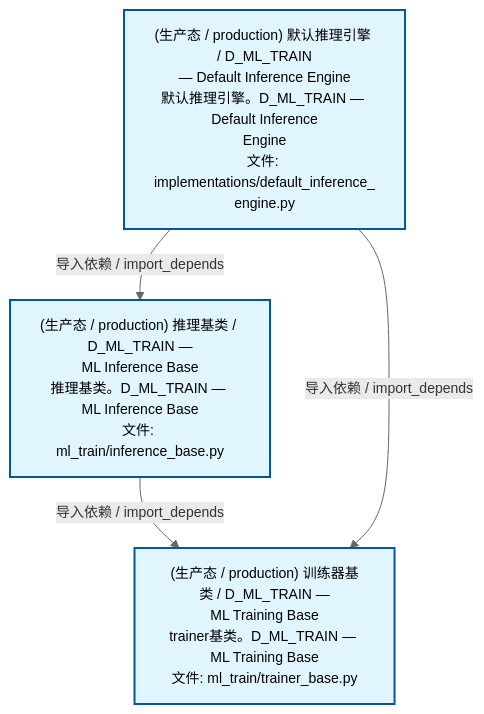
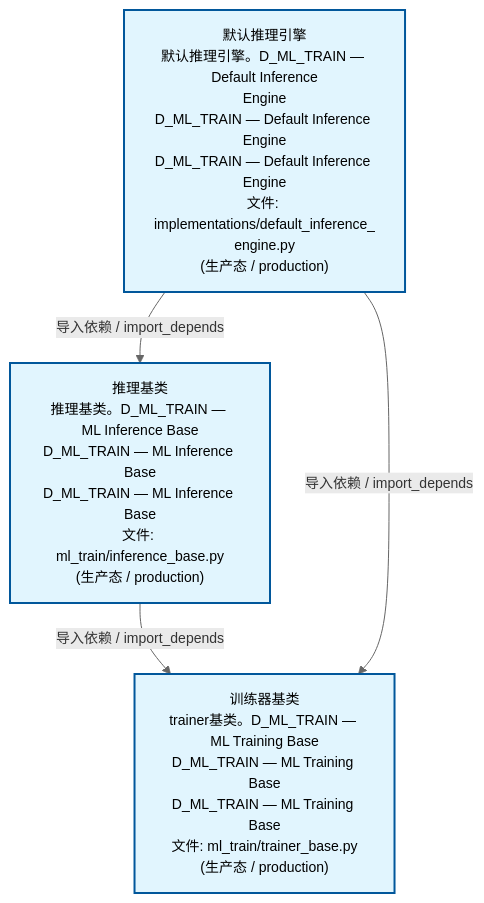
One commit to xuanFelixVan/ZephyrAlpha changed the second of 4 diagrams in docs/02_enterprise_architecture/02_domain_architecture_docs/61_d_ml_train.md. Above: the diagram before and after it, drawn with Mermaid. The commit also changed other lines of this file and 62 other files, not shown here.

````diff
--- a/docs/02_enterprise_architecture/02_domain_architecture_docs/61_d_ml_train.md
+++ b/docs/02_enterprise_architecture/02_domain_architecture_docs/61_d_ml_train.md
@@ -99,15 +99,15 @@
 ```mermaid
 %%{init: {'theme': 'base', 'themeVariables': {'primaryColor': '#eaeaea', 'primaryTextColor': '#333333', 'primaryBorderColor': '#666666', 'lineColor': '#666666', 'secondaryColor': '#eaeaea', 'tertiaryColor': '#eaeaea', 'fontSize': '14px'}}}%%
 flowchart TD
-    src_zephyr_ml_train_implementations_default_inference_engine_py["(生产态 / production) 默认推理引擎 / D_ML_TRAIN<br/>— Default Inference Engine<br/>默认推理引擎。D_ML_TRAIN — Default Inference<br/>Engine<br/>文件: implementations/default_inference_<br/>engine.py"]
-    src_zephyr_ml_train_inference_base_py["(生产态 / production) 推理基类 / D_ML_TRAIN —<br/>ML Inference Base<br/>推理基类。D_ML_TRAIN — ML Inference Base<br/>文件: ml_train/inference_base.py"]
-    src_zephyr_ml_train_trainer_base_py["(生产态 / production) 训练器基类 / D_ML_TRAIN —<br/>ML Training Base<br/>trainer基类。D_ML_TRAIN — ML Training Base<br/>文件: ml_train/trainer_base.py"]
+    src_zephyr_ml_train_implementations_default_inference_engine_py["默认推理引擎<br/>默认推理引擎。D_ML_TRAIN — Default Inference<br/>Engine<br/>D_ML_TRAIN — Default Inference Engine<br/>D_ML_TRAIN — Default Inference Engine<br/>文件: implementations/default_inference_<br/>engine.py<br/>(生产态 / production)"]
+    src_zephyr_ml_train_inference_base_py["推理基类<br/>推理基类。D_ML_TRAIN — ML Inference Base<br/>D_ML_TRAIN — ML Inference Base<br/>D_ML_TRAIN — ML Inference Base<br/>文件: ml_train/inference_base.py<br/>(生产态 / production)"]
+    src_zephyr_ml_train_trainer_base_py["训练器基类<br/>trainer基类。D_ML_TRAIN — ML Training Base<br/>D_ML_TRAIN — ML Training Base<br/>D_ML_TRAIN — ML Training Base<br/>文件: ml_train/trainer_base.py<br/>(生产态 / production)"]
     src_zephyr_ml_train_inference_base_py -->|导入依赖 / import_depends| src_zephyr_ml_train_trainer_base_py
     src_zephyr_ml_train_implementations_default_inference_engine_py -->|导入依赖 / import_depends| src_zephyr_ml_train_inference_base_py
     src_zephyr_ml_train_implementations_default_inference_engine_py -->|导入依赖 / import_depends| src_zephyr_ml_train_trainer_base_py
     classDef production fill:#e1f5fe,stroke:#01579b,stroke-width:2px,color:#000
     classDef design fill:#fff3e0,stroke:#e65100,stroke-width:2px,color:#000,stroke-dasharray: 5 5
     classDef external_prod fill:#e8f4fd,stroke:#0277bd,stroke-width:1px,color:#000
     classDef external_design fill:#fff8e7,stroke:#ef6c00,stroke-width:1px,color:#000,stroke-dasharray: 5 5
     class src_zephyr_ml_train_implementations_default_inference_engine_py,src_zephyr_ml_train_inference_base_py,src_zephyr_ml_train_trainer_base_py production
 ```
````
